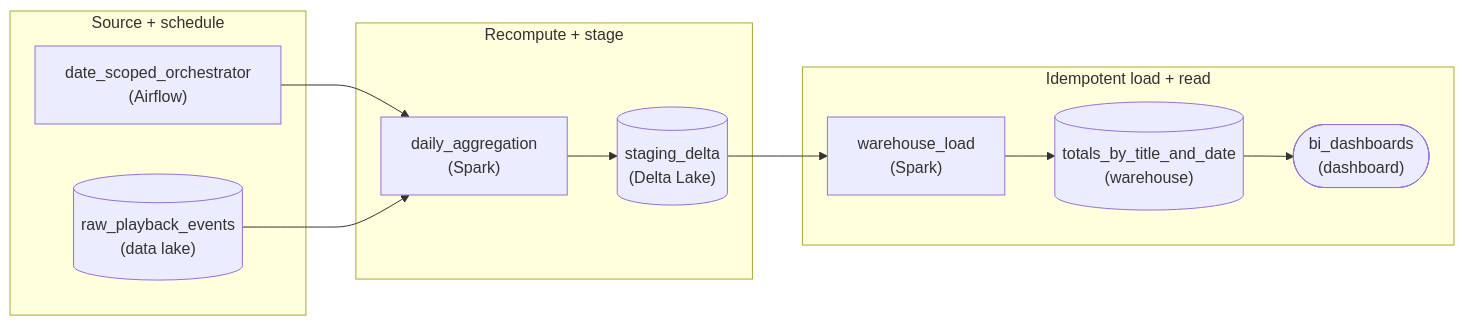
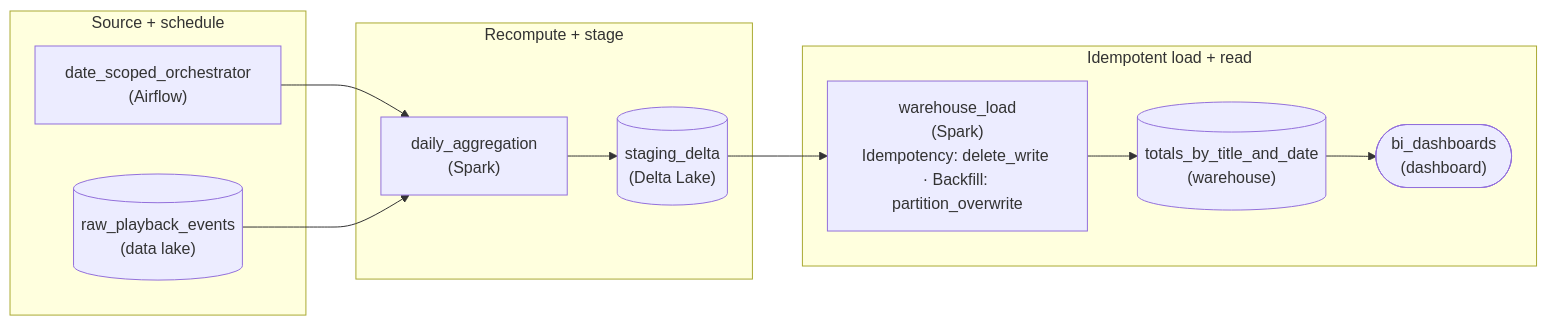
The second of 4 diagrams in lesson_preview/interview/architecture/pipeline_how_data_moves_advanced.md (Dulain-Willis/study-helper), drawn with Mermaid before and after one commit. The commit also changed other lines of this file and 26 other files, not shown here.

First line of the commit message:
Mermaid diagrams: show tags and extra values inside each node (#43)

````diff
--- a/lesson_preview/interview/architecture/pipeline_how_data_moves_advanced.md
+++ b/lesson_preview/interview/architecture/pipeline_how_data_moves_advanced.md
@@ -463,22 +463,22 @@
 ```mermaid
 flowchart LR
     subgraph L0["Source + schedule"]
         n1[("raw_playback_events<br/>(data lake)")]
         n0["date_scoped_orchestrator<br/>(Airflow)"]
     end
     subgraph L1["Recompute + stage"]
         n2["daily_aggregation<br/>(Spark)"]
         n3[("staging_delta<br/>(Delta Lake)")]
     end
     subgraph L2["Idempotent load + read"]
-        n4["warehouse_load<br/>(Spark)"]
+        n4["warehouse_load<br/>(Spark)<br/>Idempotency: delete_write · Backfill: partition_overwrite"]
         n5[("totals_by_title_and_date<br/>(warehouse)")]
         n6(["bi_dashboards<br/>(dashboard)"])
     end
     n0 --> n2
     n1 --> n2
     n2 --> n3
     n3 --> n4
     n4 --> n5
     n5 --> n6
 ```
````
